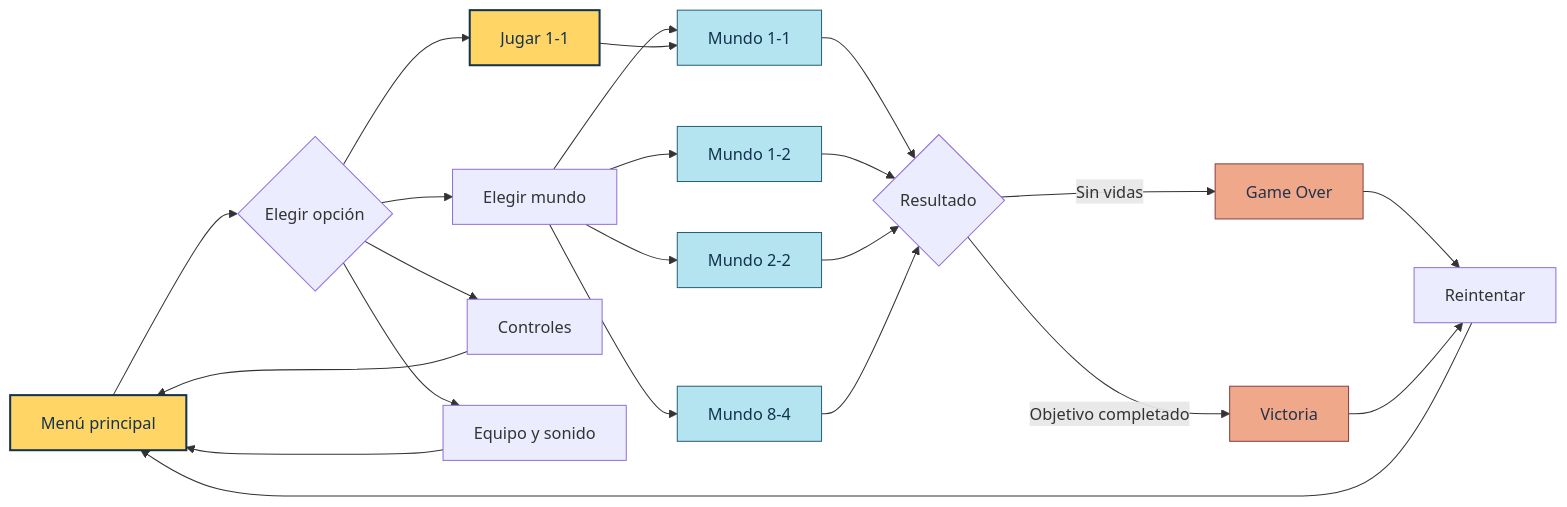
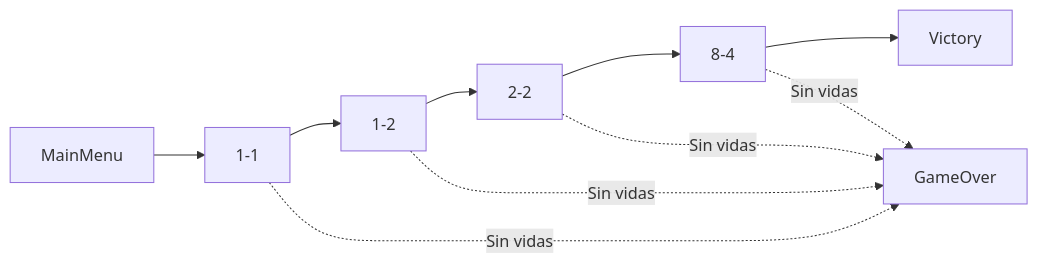
Before and after one commit to vicentesystemdev/SuperMarioVicente: the first of 2 diagrams in README.md, drawn with Mermaid. The commit also changed other lines of this file, not shown here.

````diff
--- a/README.md
+++ b/README.md
@@ -71,30 +69,12 @@
 ```mermaid
 flowchart LR
-    A[Menú principal] --> B{Elegir opción}
-    B --> C[Jugar 1-1]
-    B --> D[Elegir mundo]
-    B --> E[Controles]
-    B --> F[Equipo y sonido]
-    E --> A
-    F --> A
-    D --> W11[Mundo 1-1]
-    D --> W12[Mundo 1-2]
-    D --> W22[Mundo 2-2]
-    D --> W84[Mundo 8-4]
-    C --> W11
-    W11 --> R{Resultado}
-    W12 --> R
-    W22 --> R
-    W84 --> R
-    R -->|Sin vidas| G[Game Over]
-    R -->|Objetivo completado| V[Victoria]
-    G --> T[Reintentar]
-    V --> T
-    T --> A
-    classDef inicio fill:#ffd565,color:#15324f,stroke:#15324f,stroke-width:2px;
-    classDef pantalla fill:#b5e4f1,color:#12334d,stroke:#26617a;
-    classDef final fill:#f0a88a,color:#23324a,stroke:#8b3f42;
-    class A,C inicio;
-    class W11,W12,W22,W84 pantalla;
-    class G,V final;
+    A[MainMenu] --> B[1-1]
+    B --> C[1-2]
+    C --> D[2-2]
+    D --> E[8-4]
+    E --> F[Victory]
+    B -. Sin vidas .-> G[GameOver]
+    C -. Sin vidas .-> G
+    D -. Sin vidas .-> G
+    E -. Sin vidas .-> G
 ```
````
